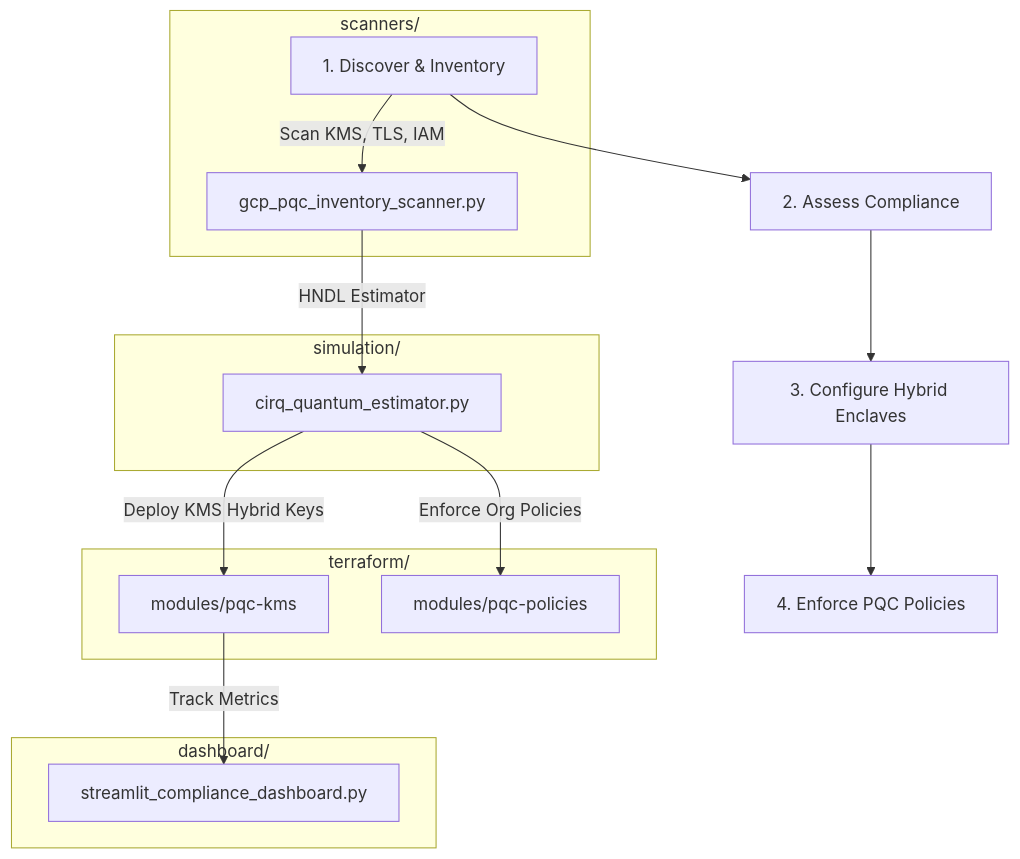
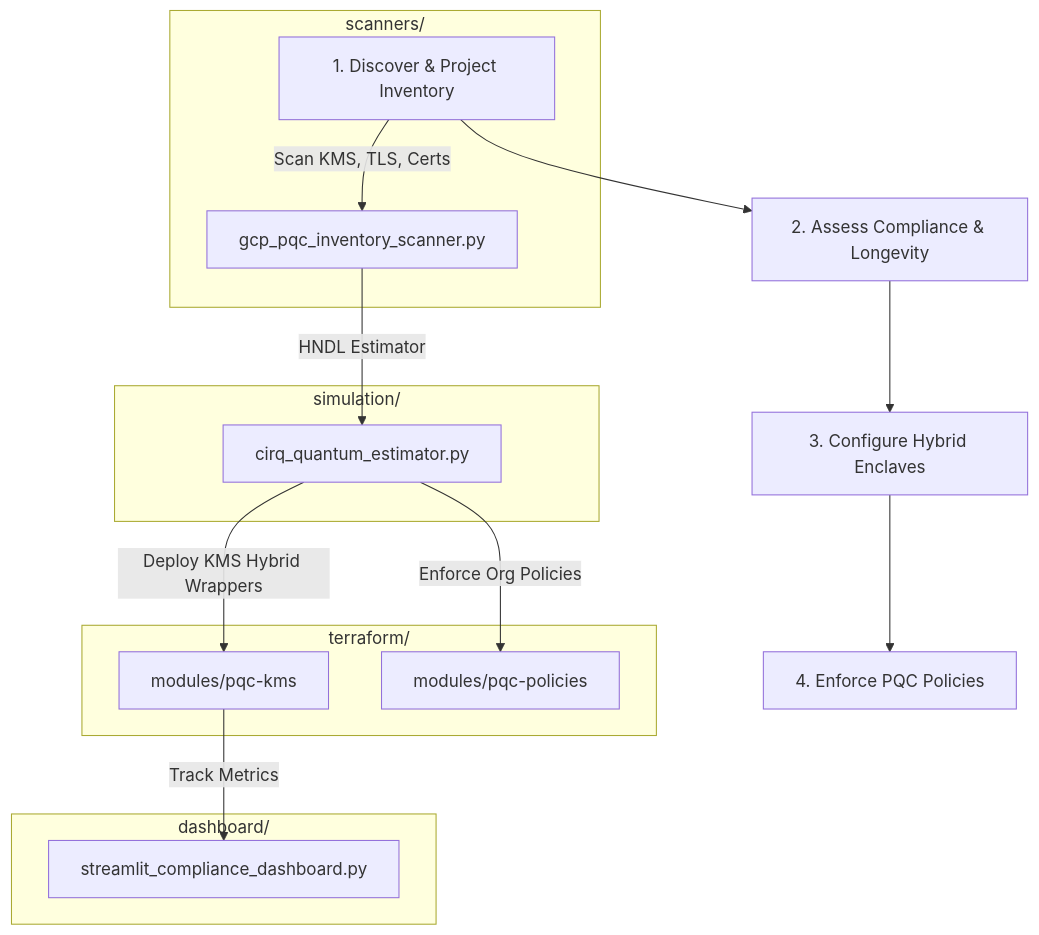
One commit to anandkrshnn-ai/gcp-pqc-migration-toolkit changed the diagram in README.md. Above: the diagram before and after it, drawn with Mermaid. The commit also changed other lines of this file and 15 other files, not shown here.

Commit message:
feat: upgrade PQC toolkit to project-scoped real scanner, realistic KMS hybrid wrapper, and literature estimator

````diff
--- a/README.md
+++ b/README.md
@@ -18,23 +96,23 @@
 ```mermaid
 graph TD
-    A[1. Discover & Inventory] --> B[2. Assess Compliance]
+    A[1. Discover & Project Inventory] --> B[2. Assess Compliance & Longevity]
     B --> C[3. Configure Hybrid Enclaves]
     C --> D[4. Enforce PQC Policies]
     
     subgraph scanners/
-        A -->|Scan KMS, TLS, IAM| Scanner[gcp_pqc_inventory_scanner.py]
+        A -->|Scan KMS, TLS, Certs| Scanner[gcp_pqc_inventory_scanner.py]
     end
     
     subgraph simulation/
         Scanner -->|HNDL Estimator| Estimator[cirq_quantum_estimator.py]
     end
     
     subgraph terraform/
-        Estimator -->|Deploy KMS Hybrid Keys| KMSModule[modules/pqc-kms]
+        Estimator -->|Deploy KMS Hybrid Wrappers| KMSModule[modules/pqc-kms]
         Estimator -->|Enforce Org Policies| PolicyModule[modules/pqc-policies]
     end
     
     subgraph dashboard/
         KMSModule -->|Track Metrics| Dashboard[streamlit_compliance_dashboard.py]
     end
 ```
````
